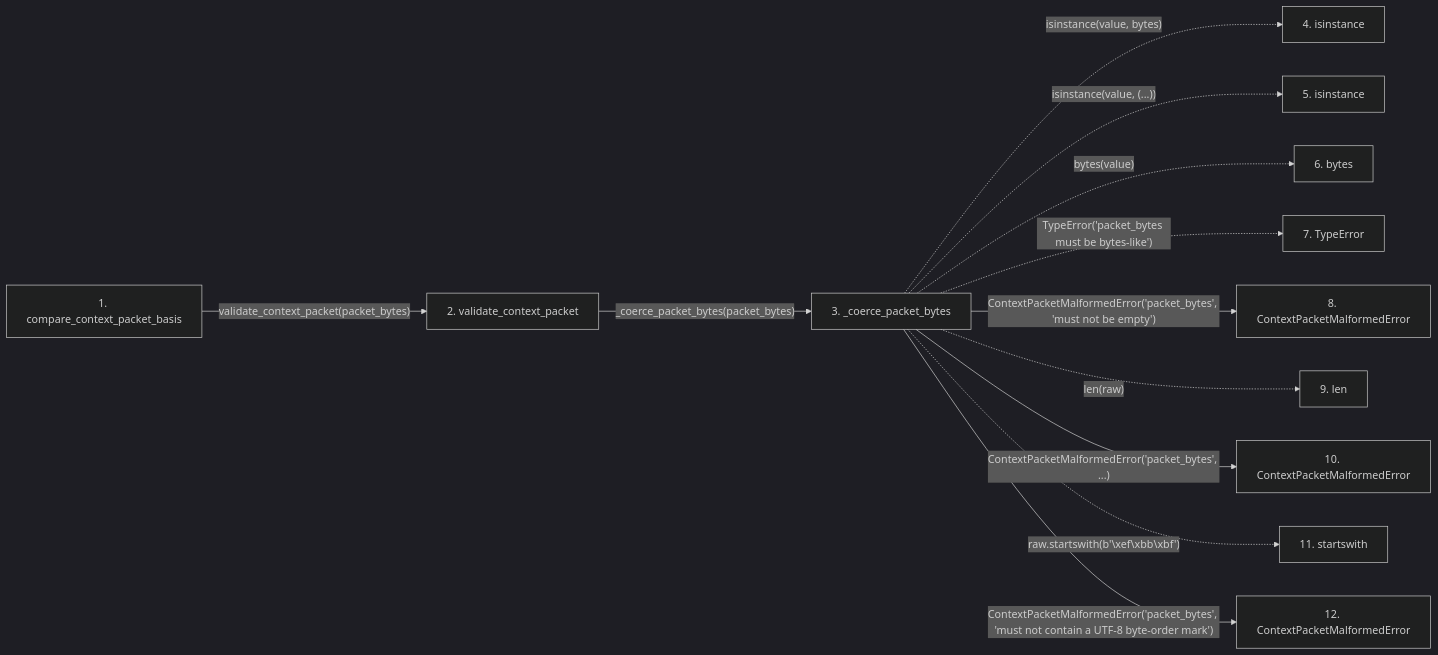
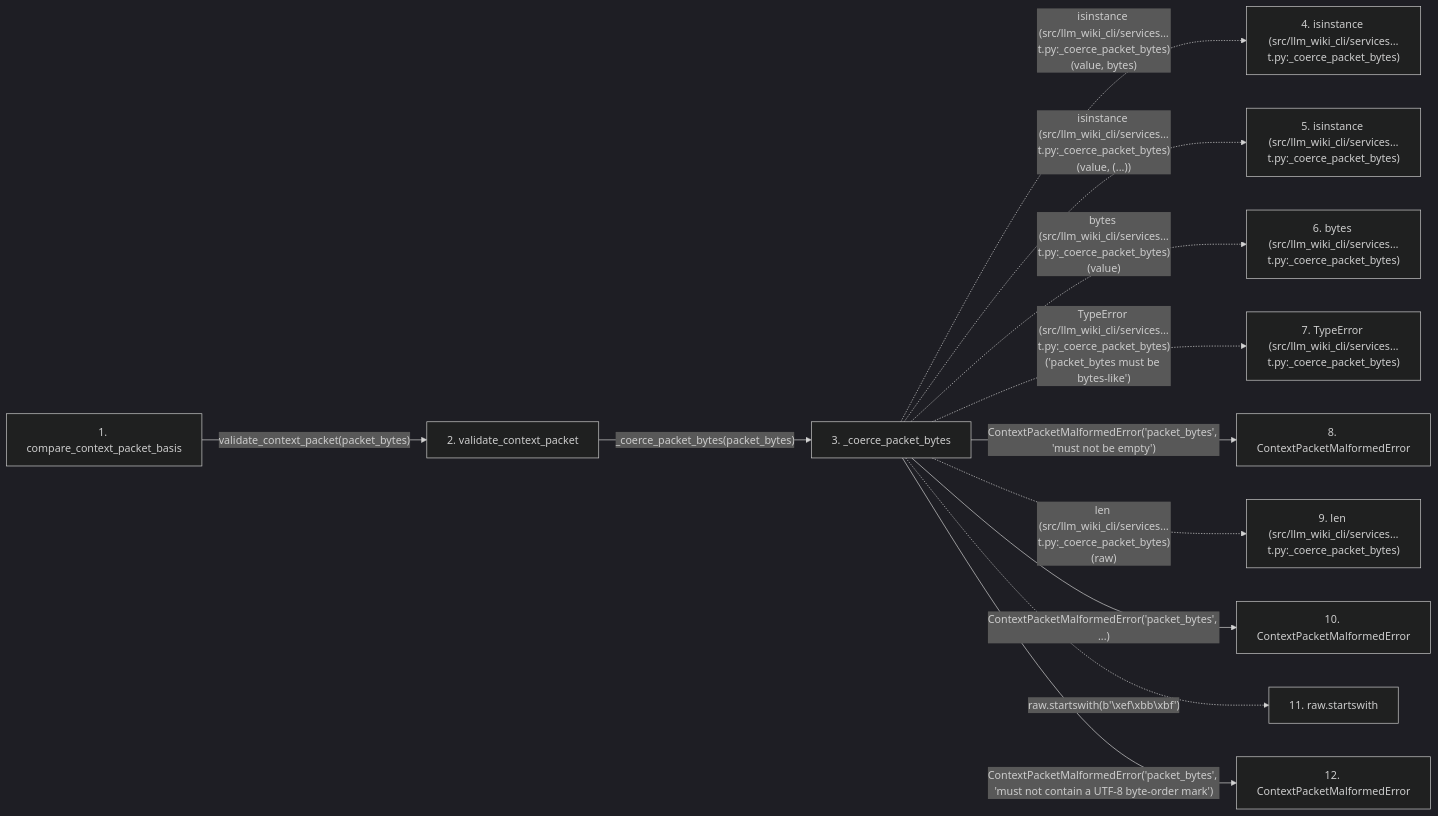
The second of 2 diagrams in docs/llm_wiki/flows/api-compare_context_packet_basis-context_packet.md (Denissvgn/python-wiki-llm), drawn with Mermaid (dark theme) before and after one commit. The commit also changed other lines of this file and 719 other files, not shown here.

````diff
--- a/docs/llm_wiki/flows/api-compare_context_packet_basis-context_packet.md
+++ b/docs/llm_wiki/flows/api-compare_context_packet_basis-context_packet.md
@@ -69,32 +72,32 @@
 ```mermaid
 flowchart LR
     s1["1. compare_context_packet_basis"]
     s2["2. validate_context_packet"]
     s3["3. _coerce_packet_bytes"]
-    s4["4. isinstance"]
-    s5["5. isinstance"]
-    s6["6. bytes"]
-    s7["7. TypeError"]
+    s4["4. isinstance (src/llm_wiki_cli/services…t.py:_coerce_packet_bytes)"]
+    s5["5. isinstance (src/llm_wiki_cli/services…t.py:_coerce_packet_bytes)"]
+    s6["6. bytes (src/llm_wiki_cli/services…t.py:_coerce_packet_bytes)"]
+    s7["7. TypeError (src/llm_wiki_cli/services…t.py:_coerce_packet_bytes)"]
     s8["8. ContextPacketMalformedError"]
-    s9["9. len"]
+    s9["9. len (src/llm_wiki_cli/services…t.py:_coerce_packet_bytes)"]
     s10["10. ContextPacketMalformedError"]
-    s11["11. startswith"]
+    s11["11. raw.startswith"]
     s12["12. ContextPacketMalformedError"]
     s1 -->|"validate_context_packet(packet_bytes)"| s2
     s2 -->|"_coerce_packet_bytes(packet_bytes)"| s3
-    s3 -. "isinstance(value, bytes)" .-> s4
-    s3 -. "isinstance(value, (...))" .-> s5
-    s3 -. "bytes(value)" .-> s6
-    s3 -. "TypeError('packet_bytes must be bytes-like')" .-> s7
+    s3 -. "isinstance (src/llm_wiki_cli/services…t.py:_coerce_packet_bytes)(value, bytes)" .-> s4
+    s3 -. "isinstance (src/llm_wiki_cli/services…t.py:_coerce_packet_bytes)(value, (...))" .-> s5
+    s3 -. "bytes (src/llm_wiki_cli/services…t.py:_coerce_packet_bytes)(value)" .-> s6
+    s3 -. "TypeError (src/llm_wiki_cli/services…t.py:_coerce_packet_bytes)('packet_bytes must be bytes-like')" .-> s7
     s3 -->|"ContextPacketMalformedError('packet_bytes', 'must not be empty')"| s8
-    s3 -. "len(raw)" .-> s9
+    s3 -. "len (src/llm_wiki_cli/services…t.py:_coerce_packet_bytes)(raw)" .-> s9
     s3 -->|"ContextPacketMalformedError('packet_bytes', ...)"| s10
     s3 -. "raw.startswith(b'\xef\xbb\xbf')" .-> s11
     s3 -->|"ContextPacketMalformedError('packet_bytes', 'must not contain a UTF-8 byte-order mark')"| s12
     click s1 "../modules/context_packet.md"
     click s2 "../modules/context_packet.md"
     click s3 "../modules/context_packet.md"
     click s8 "../modules/context_packet.md"
     click s10 "../modules/context_packet.md"
     click s12 "../modules/context_packet.md"
 ```
````
